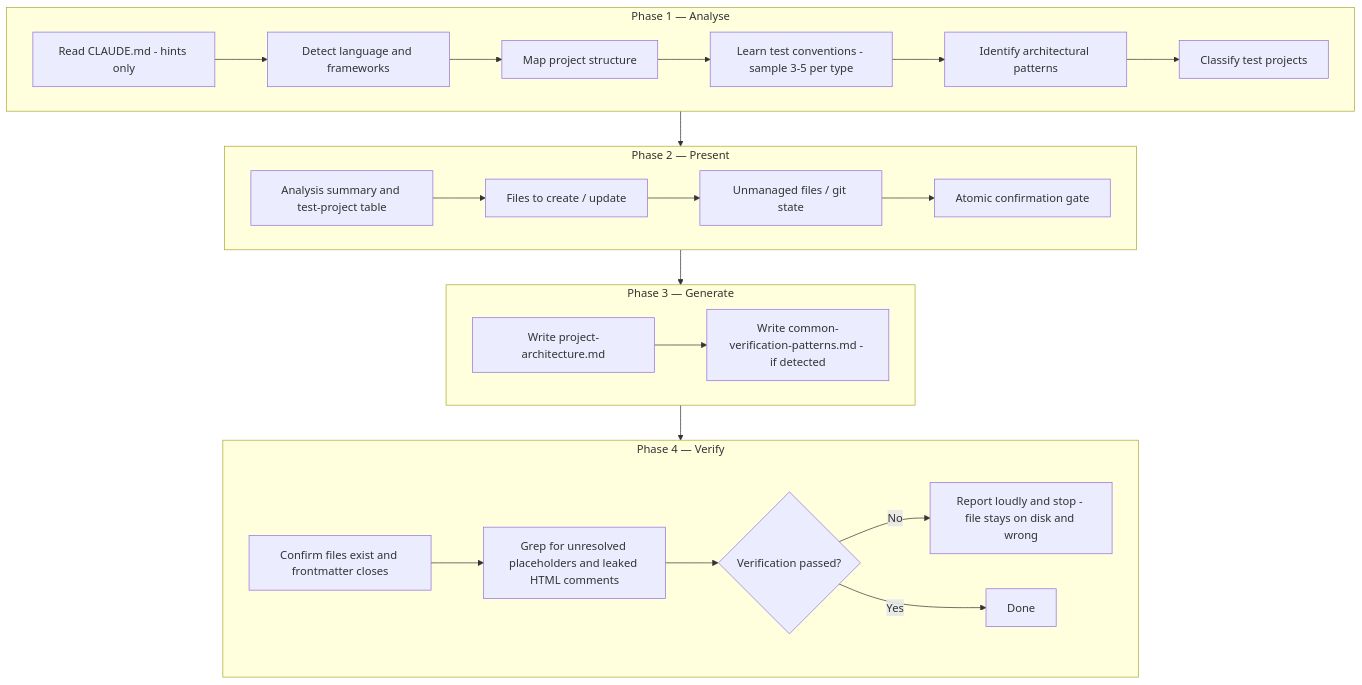
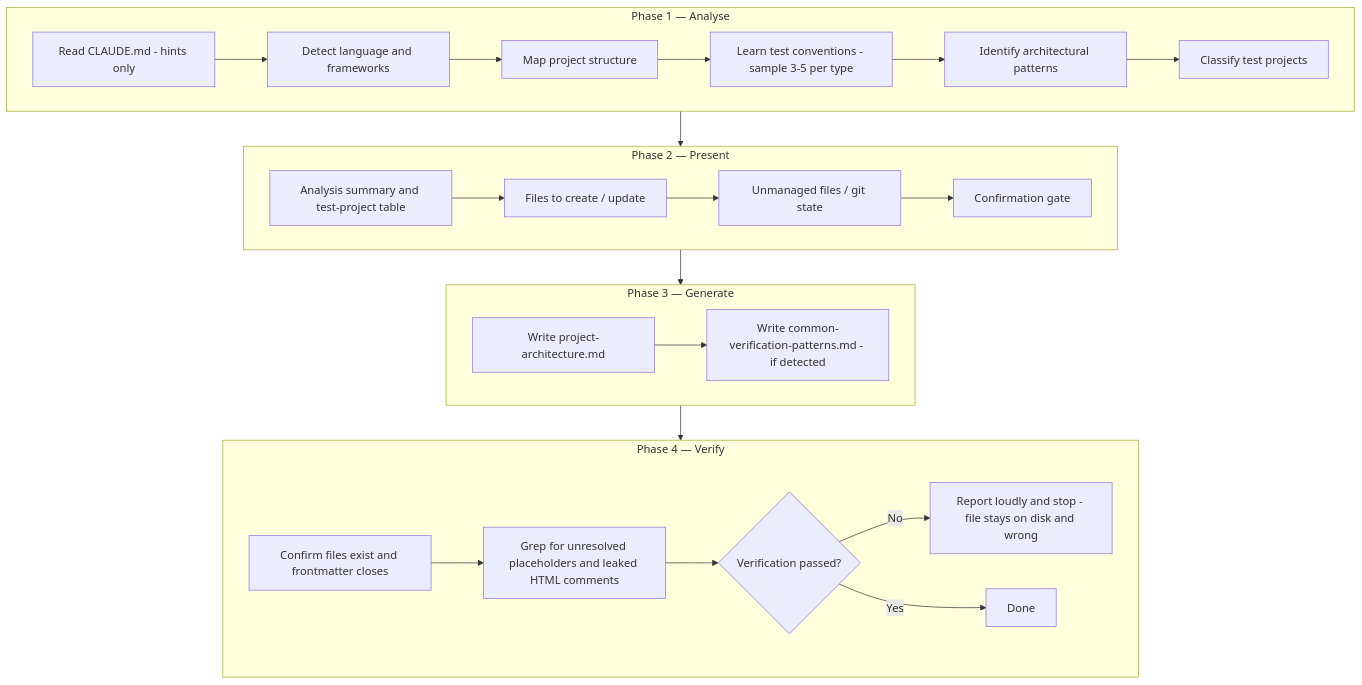
The diagram in plugins/test-authoring/docs/skills/readme-setup-test-context.md (softwareone-platform/issue-to-pr), drawn with Mermaid before and after one commit. The commit also changed other lines of this file and 4 other files, not shown here.

````diff
--- a/plugins/test-authoring/docs/skills/readme-setup-test-context.md
+++ b/plugins/test-authoring/docs/skills/readme-setup-test-context.md
@@ -68,39 +69,39 @@
 ```mermaid
 flowchart TB
     subgraph P1["Phase 1 — Analyse"]
         direction LR
         A1[Read CLAUDE.md - hints only]
         A2[Detect language and frameworks]
         A3[Map project structure]
         A4[Learn test conventions - sample 3-5 per type]
         A5[Identify architectural patterns]
         A6[Classify test projects]
         A1 --> A2 --> A3 --> A4 --> A5 --> A6
     end
     subgraph P2["Phase 2 — Present"]
         direction LR
         B1[Analysis summary and test-project table]
         B2[Files to create / update]
         B3[Unmanaged files / git state]
-        B4[Atomic confirmation gate]
+        B4[Confirmation gate]
         B1 --> B2 --> B3 --> B4
     end
     subgraph P3["Phase 3 — Generate"]
         direction LR
         D1[Write project-architecture.md]
         D2[Write common-verification-patterns.md - if detected]
         D1 --> D2
     end
     subgraph P4["Phase 4 — Verify"]
         direction LR
         E1[Confirm files exist and frontmatter closes]
         E2[Grep for unresolved placeholders and leaked HTML comments]
         E3{Verification passed?}
         E4[Report loudly and stop - file stays on disk and wrong]
         E5[Done]
         E1 --> E2 --> E3
         E3 -- No --> E4
         E3 -- Yes --> E5
     end
     P1 --> P2 --> P3 --> P4
 ```
````
